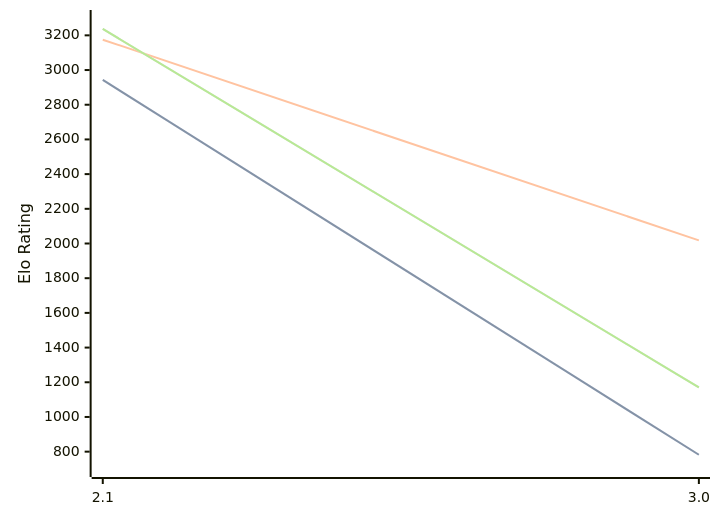
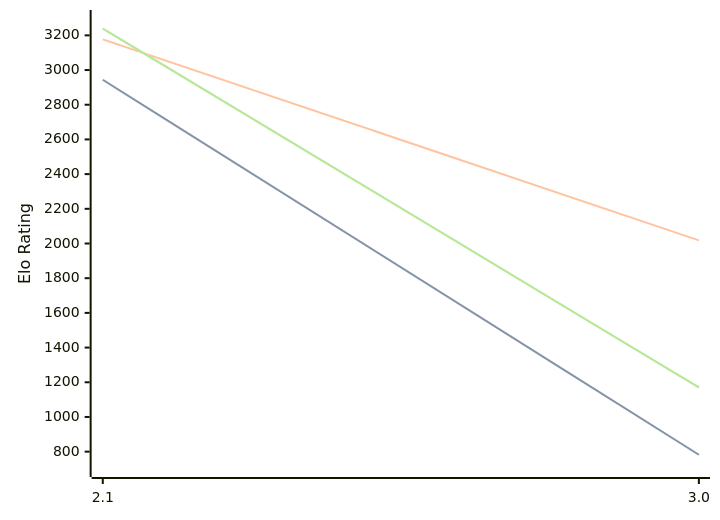
The first of 3 diagrams in engines/Quirky.md (computer-chess-index/cci), drawn with Mermaid before and after one commit. The commit also changed other lines of this file, not shown here.

Commit message:
Update CCI Ratings (ELO VLTC) - 2026-06-22

````diff
--- a/engines/Quirky.md
+++ b/engines/Quirky.md
@@ -34,11 +34,11 @@
 ```mermaid
 %%{init: {"theme":"base","themeVariables":{"seriesColors:['#a3a3a3','#222221','#faa371']}}}%%
 xychart-beta
   x-axis ["2.1", "3.0"]
   y-axis "Elo Rating" 700 --> 3300
-  line "STC (8.0+0.08s)" [2943, 782]
-  line "STC (8.0+0.08s)" [2943, 782]
-  line "LTC (60.0+0.60s)" [3175, 2018]
-  line "VLTC (2m24s+1.12s)" [3237, 1170]
-  line "VLTC (2m24s+1.12s)" [3237, 1170]
+  line "STC (8.0+0.08s)" [2944, 782]
+  line "STC (8.0+0.08s)" [2944, 782]
+  line "LTC (60.0+0.60s)" [3177, 2018]
+  line "VLTC (2m24s+1.12s)" [3239, 1170]
+  line "VLTC (2m24s+1.12s)" [3239, 1170]
 ```
````
